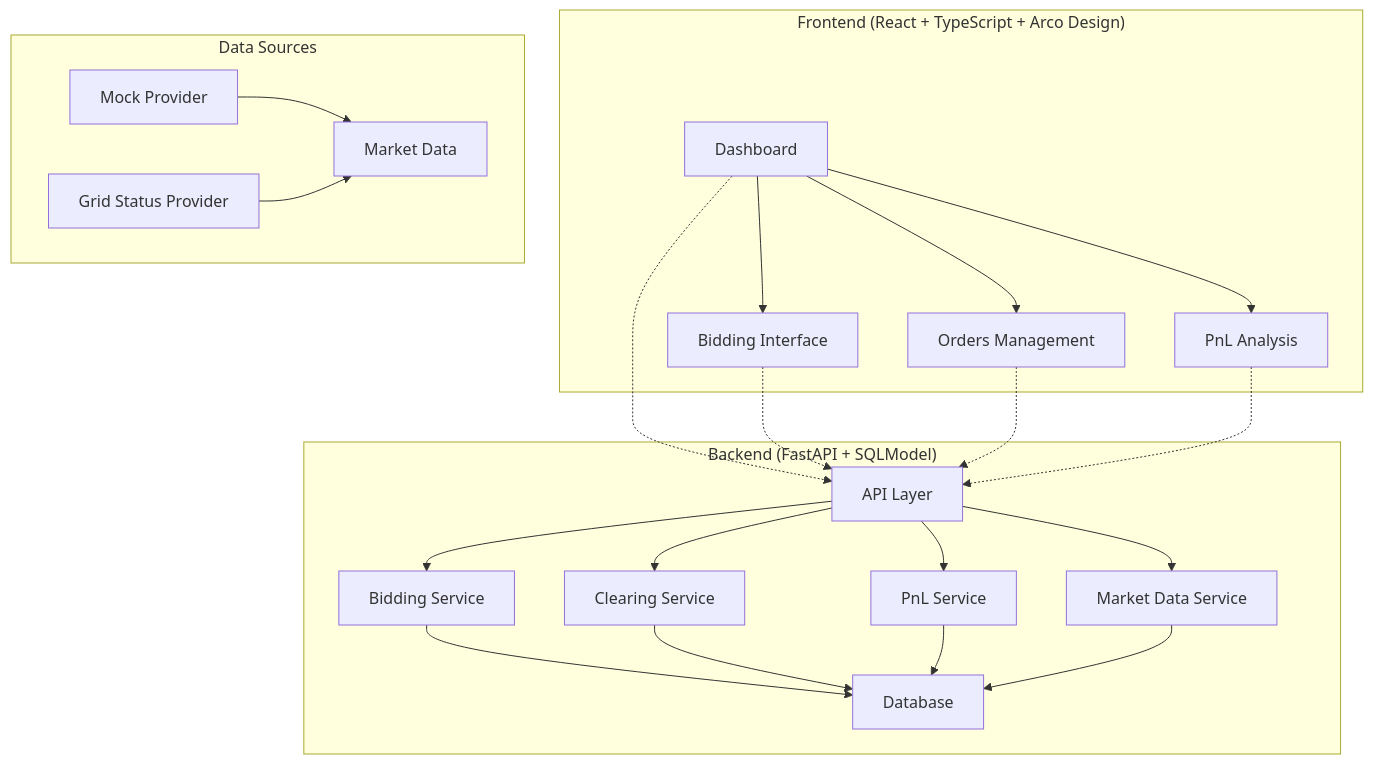
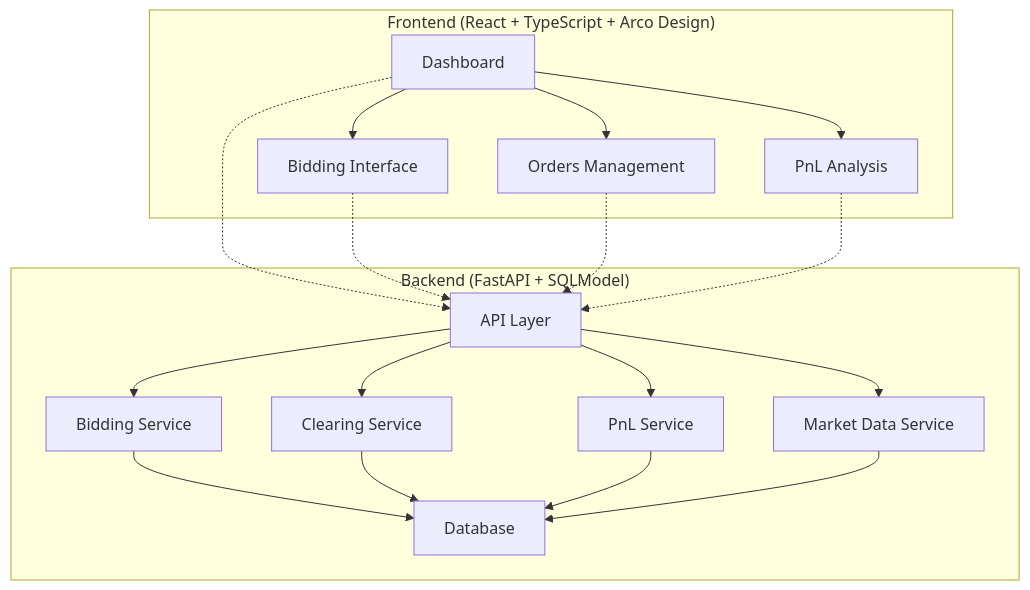
One commit to parthpanse/Virtual-Energy-Trading changed the diagram in README.md. Above: the diagram before and after it, drawn with Mermaid. The commit also changed other lines of this file, not shown here.

````diff
--- a/README.md
+++ b/README.md
@@ -7,29 +7,25 @@
 ```mermaid
 graph TB
     subgraph "Frontend (React + TypeScript + Arco Design)"
         A[Dashboard] --> B[Bidding Interface]
         A --> C[Orders Management]
         A --> D[PnL Analysis]
     end
 
     subgraph "Backend (FastAPI + SQLModel)"
         E[API Layer] --> F[Bidding Service]
         E --> G[Clearing Service]
         E --> H[PnL Service]
         E --> I[Market Data Service]
         F --> J[Database]
         G --> J
         H --> J
         I --> J
     end
 
-    subgraph "Data Sources"
-        K[Mock Provider] --> L[Market Data]
-        M[Grid Status Provider] --> L
-    end
 
     A -.-> E
     B -.-> E
     C -.-> E
     D -.-> E
 ```
````
